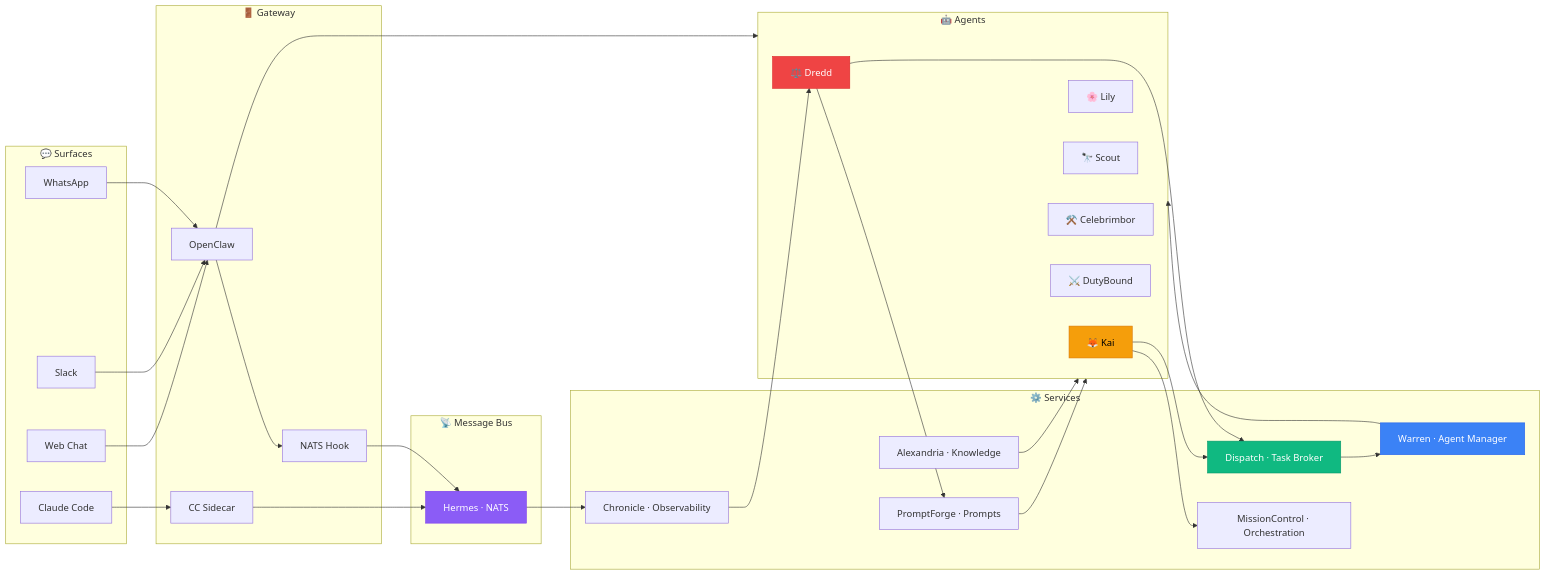
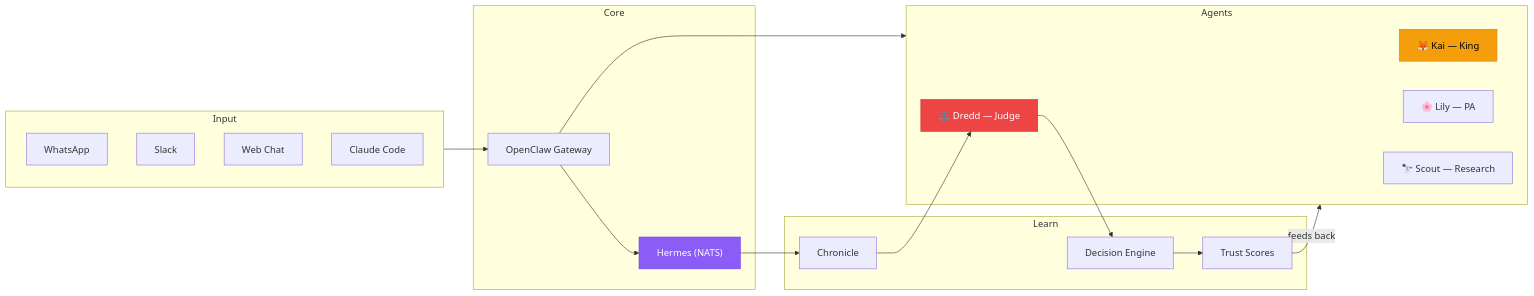
One commit to DarlingtonDeveloper/DarlingtonDeveloper changed the diagram in README.md. Above: the diagram before and after it, drawn with Mermaid. The commit also changed other lines of this file, not shown here.

Commit message:
fix: simplify diagram, fix stats images

````diff
--- a/README.md
+++ b/README.md
@@ -7,62 +7,36 @@
 ```mermaid
 graph LR
-    subgraph Surfaces["💬 Surfaces"]
-        WA["WhatsApp"]
-        Slack["Slack"]
+    subgraph Input
+        WhatsApp
+        Slack
         Web["Web Chat"]
         CC["Claude Code"]
     end
 
-    subgraph Gateway["🚪 Gateway"]
-        OC["OpenClaw"]
-        Hook["NATS Hook"]
-        Sidecar["CC Sidecar"]
+    subgraph Core
+        Gateway["OpenClaw Gateway"]
+        NATS["Hermes (NATS)"]
     end
 
-    subgraph Agents["🤖 Agents"]
-        Kai["🦊 Kai"]
-        Lily["🌸 Lily"]
-        Scout["🔭 Scout"]
-        Celebrimbor["⚒️ Celebrimbor"]
-        DutyBound["⚔️ DutyBound"]
-        Dredd["⚖️ Dredd"]
+    subgraph Agents
+        Kai["🦊 Kai — King"]
+        Lily["🌸 Lily — PA"]
+        Scout["🔭 Scout — Research"]
+        Dredd["⚖️ Dredd — Judge"]
     end
 
-    subgraph Bus["📡 Message Bus"]
-        Hermes["Hermes · NATS"]
+    subgraph Learn
+        Chronicle["Chronicle"]
+        Decisions["Decision Engine"]
+        Trust["Trust Scores"]
     end
 
-    subgraph Services["⚙️ Services"]
-        Warren["Warren · Agent Manager"]
-        Dispatch["Dispatch · Task Broker"]
-        Alexandria["Alexandria · Knowledge"]
-        PromptForge["PromptForge · Prompts"]
-        Chronicle["Chronicle · Observability"]
-        MC["MissionControl · Orchestration"]
-    end
-
-    WA & Slack & Web --> OC
-    CC --> Sidecar
-
-    OC --> Agents
-    OC --> Hook --> Hermes
-    Sidecar --> Hermes
-
-    Hermes --> Chronicle
-    Chronicle --> Dredd
-
-    Dispatch --> Warren --> Agents
-    Alexandria --> Agents
-    PromptForge --> Agents
-    Kai --> MC
-    Kai --> Dispatch
-
-    Dredd --> PromptForge
-    Dredd --> Dispatch
+    Input --> Gateway --> Agents
+    Gateway --> NATS --> Chronicle --> Dredd
+    Dredd --> Decisions --> Trust
+    Trust --> |"feeds back"| Agents
 
     style Kai fill:#f59e0b,stroke:#d97706,color:#000
     style Dredd fill:#ef4444,stroke:#dc2626,color:#fff
-    style Hermes fill:#8b5cf6,stroke:#7c3aed,color:#fff
-    style Warren fill:#3b82f6,stroke:#2563eb,color:#fff
-    style Dispatch fill:#10b981,stroke:#059669,color:#fff
+    style NATS fill:#8b5cf6,stroke:#7c3aed,color:#fff
 ```
````
